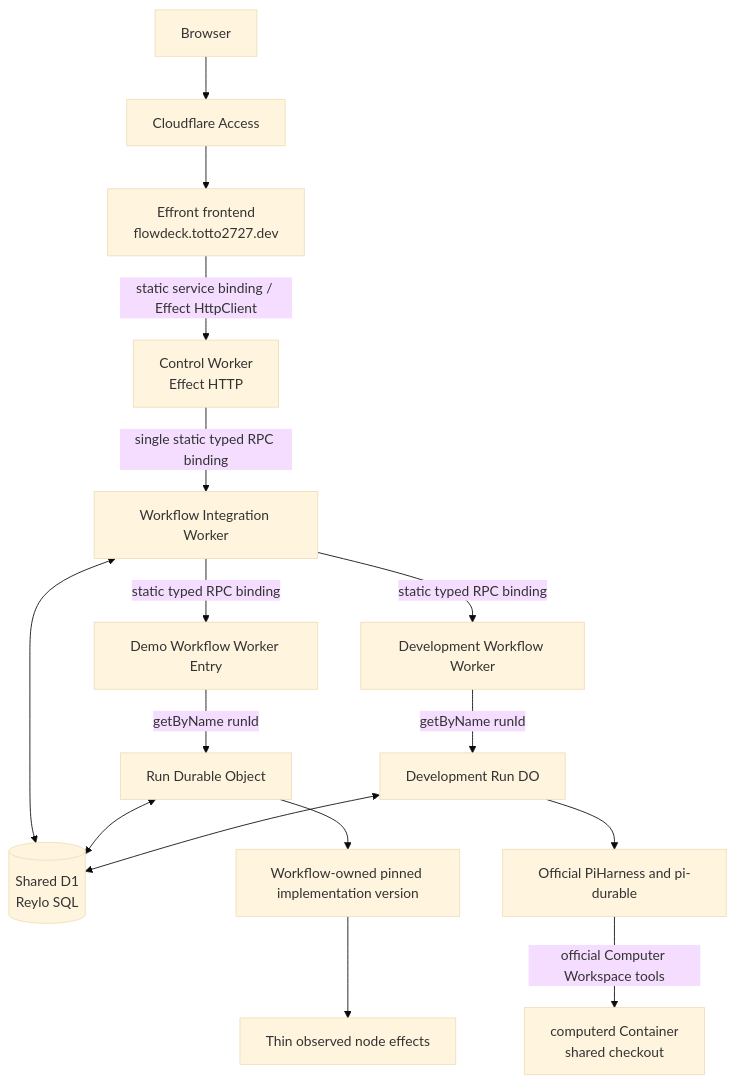
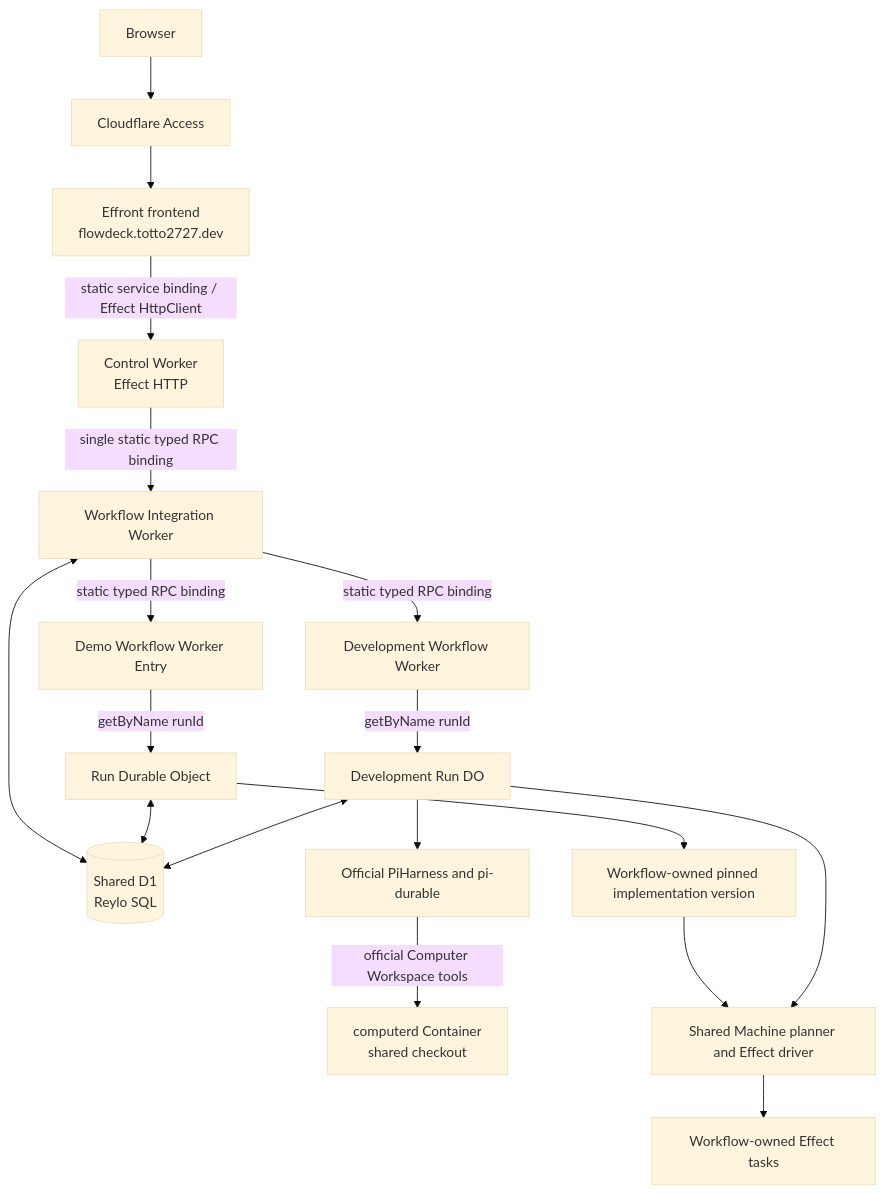
Before and after one commit to totto2727-org/flowdeck: the first of 2 diagrams in docs/architecture.md, drawn with Mermaid (base theme). The commit also changed other lines of this file and 25 other files, not shown here.

Commit message:
feat: share Effect Machine workflow execution and graph definitions

````diff
--- a/docs/architecture.md
+++ b/docs/architecture.md
@@ -9,18 +9,20 @@
 ```mermaid
 flowchart TB
   Browser[Browser] --> Access[Cloudflare Access]
   Access --> Web[Effront frontend\nflowdeck.totto2727.dev]
   Web -->|static service binding / Effect HttpClient| API[Control Worker\nEffect HTTP]
   API -->|single static typed RPC binding| Workflow[Workflow Integration Worker]
   Workflow -->|static typed RPC binding| Entry[Demo Workflow Worker Entry]
   Entry -->|getByName runId| Run[Run Durable Object]
   Workflow <--> DB[(Shared D1\nReylo SQL)]
   Run <--> DB
   Run --> V[Workflow-owned pinned implementation version]
   Workflow -->|static typed RPC binding| Development[Development Workflow Worker]
   Development -->|getByName runId| DevelopmentRun[Development Run DO]
   DevelopmentRun <--> DB
   DevelopmentRun --> Pi[Official PiHarness and pi-durable]
   Pi -->|official Computer Workspace tools| Container[computerd Container\nshared checkout]
-  V --> N[Thin observed node effects]
+  V --> Foundation[Shared Machine planner and Effect driver]
+  DevelopmentRun --> Foundation
+  Foundation --> N[Workflow-owned Effect tasks]
 ```
````
